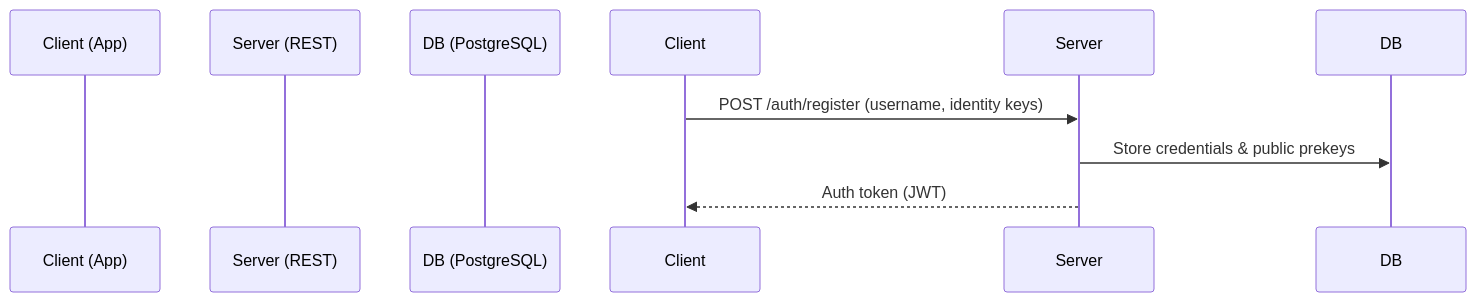
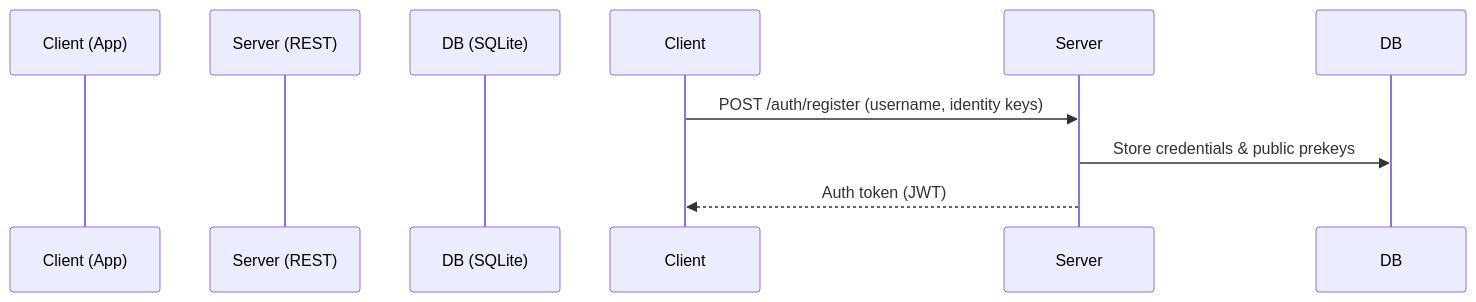
The first of 2 diagrams in helix_remote/docs/product/DATA_FLOW.md (Saif287472/helix), drawn with Mermaid before and after one commit. The commit also changed other lines of this file and 114 other files, not shown here.

````diff
--- a/helix_remote/docs/product/DATA_FLOW.md
+++ b/helix_remote/docs/product/DATA_FLOW.md
@@ -6,10 +6,10 @@
 ```mermaid
 sequenceDiagram
     participant Client (App)
     participant Server (REST)
-    participant DB (PostgreSQL)
+    participant DB (SQLite)
 
     Client->>Server: POST /auth/register (username, identity keys)
     Server->>DB: Store credentials & public prekeys
     Server-->>Client: Auth token (JWT)
 ```
````
